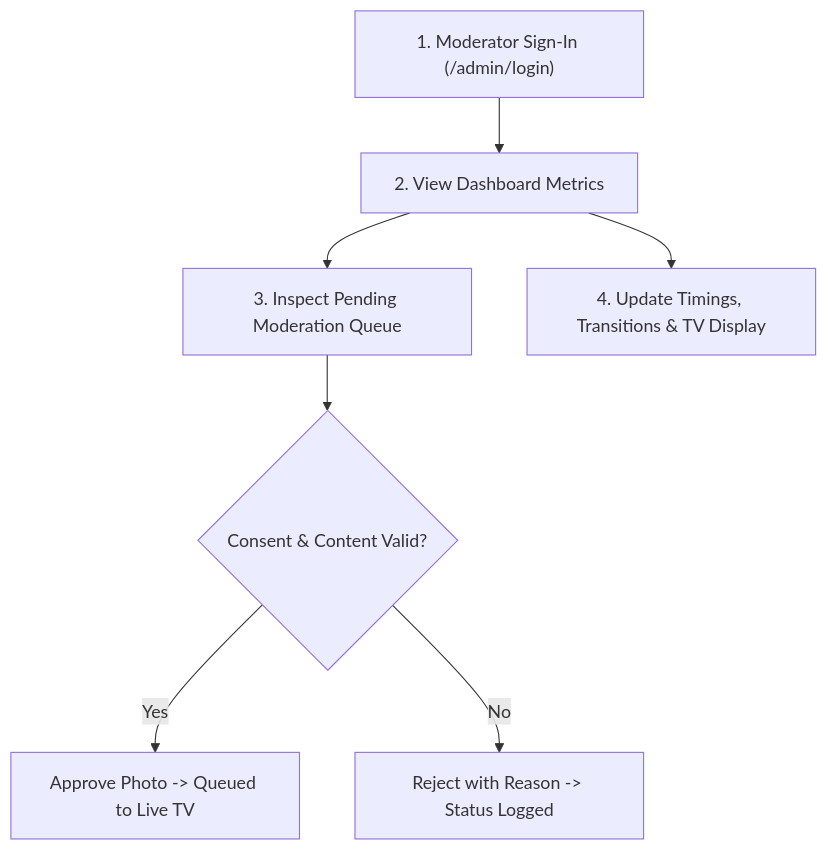
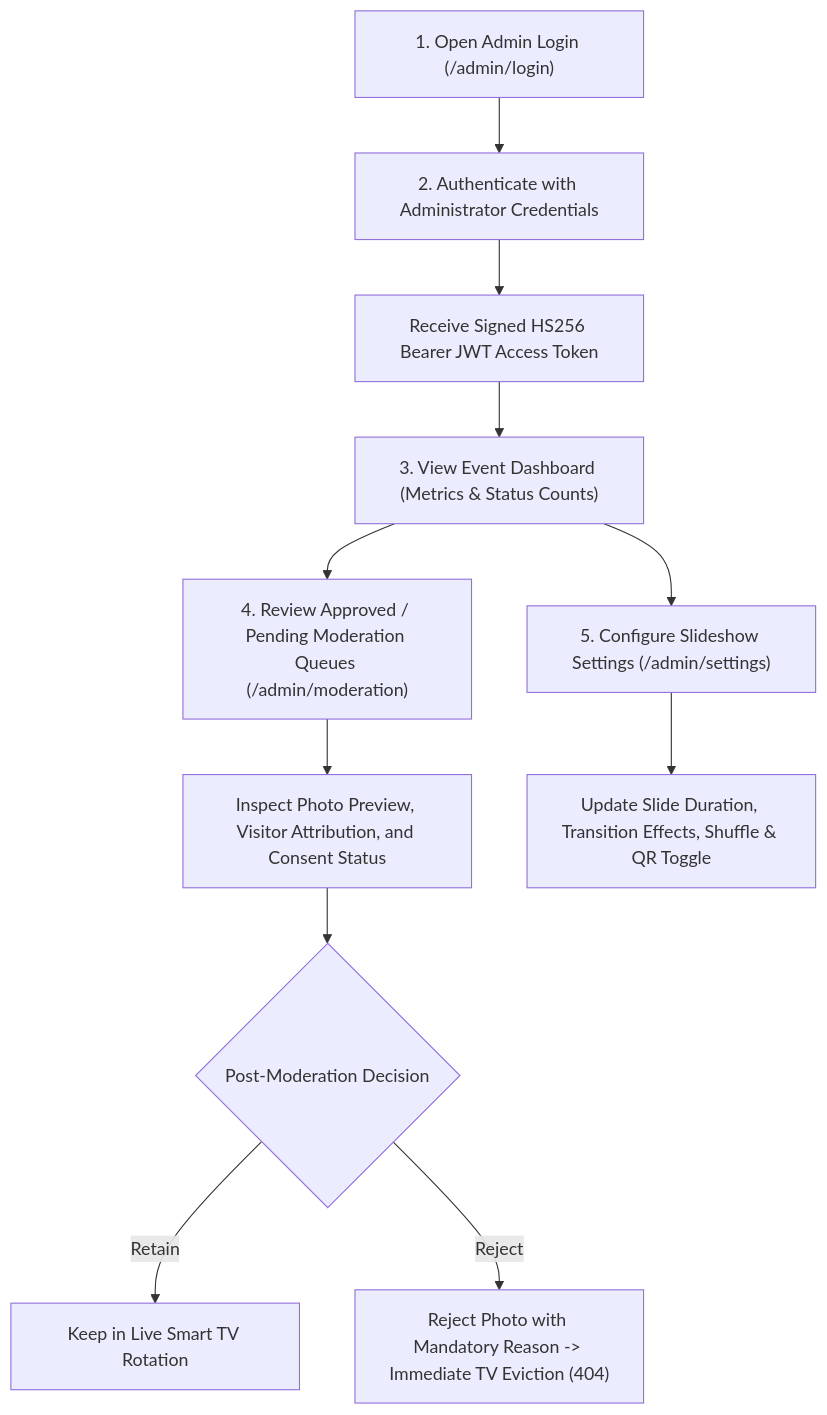
The second of 4 diagrams in README.md (vishw-byte/visitor-photo-slideshow), drawn with Mermaid before and after one commit. The commit also changed other lines of this file and 13 other files, not shown here.

Commit message:
feat: implement automatic photo approval and post-moderation

````diff
--- a/README.md
+++ b/README.md
@@ -61,9 +125,13 @@
 ```mermaid
 flowchart TD
-    Login["1. Moderator Sign-In (/admin/login)"] --> Dash["2. View Dashboard Metrics"]
-    Dash --> Queue["3. Inspect Pending Moderation Queue"]
-    Queue --> Decision{"Consent & Content Valid?"}
-    Decision -- Yes --> Approve["Approve Photo -> Queued to Live TV"]
-    Decision -- No --> Reject["Reject with Reason -> Status Logged"]
-    Dash --> Settings["4. Update Timings, Transitions & TV Display"]
+    OpenAdmin["1. Open Admin Login (/admin/login)"] --> Auth["2. Authenticate with Administrator Credentials"]
+    Auth --> IssueJWT["Receive Signed HS256 Bearer JWT Access Token"]
+    IssueJWT --> Dashboard["3. View Event Dashboard (Metrics & Status Counts)"]
+    Dashboard --> Queue["4. Review Approved / Pending Moderation Queues (/admin/moderation)"]
+    Queue --> Inspect["Inspect Photo Preview, Visitor Attribution, and Consent Status"]
+    Inspect --> Decision{"Post-Moderation Decision"}
+    Decision -- "Retain" --> RetainPhoto["Keep in Live Smart TV Rotation"]
+    Decision -- "Reject" --> RejectPhoto["Reject Photo with Mandatory Reason -> Immediate TV Eviction (404)"]
+    Dashboard --> Settings["5. Configure Slideshow Settings (/admin/settings)"]
+    Settings --> SaveSettings["Update Slide Duration, Transition Effects, Shuffle & QR Toggle"]
 ```
````
